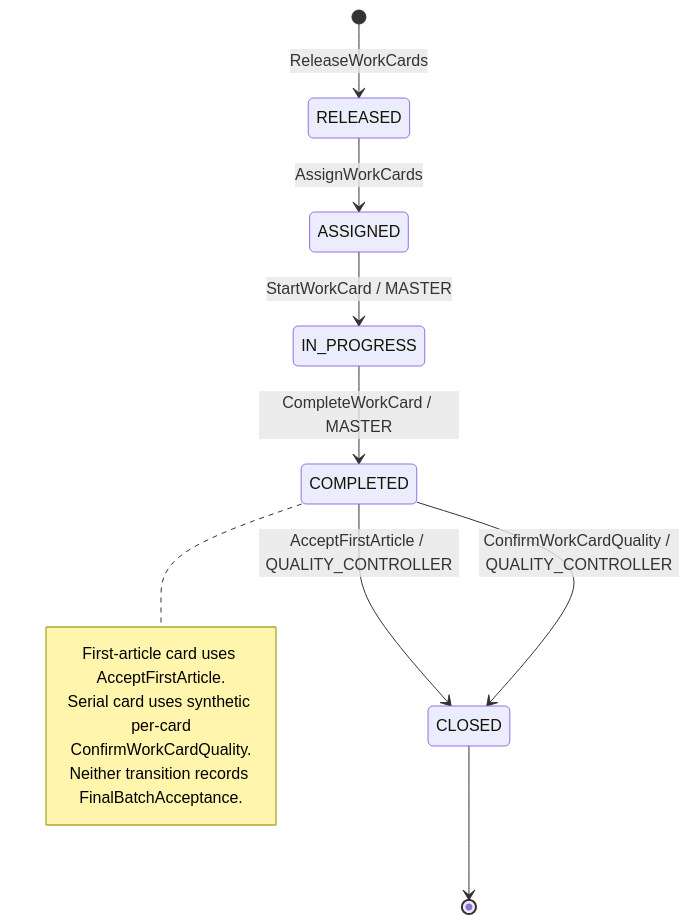
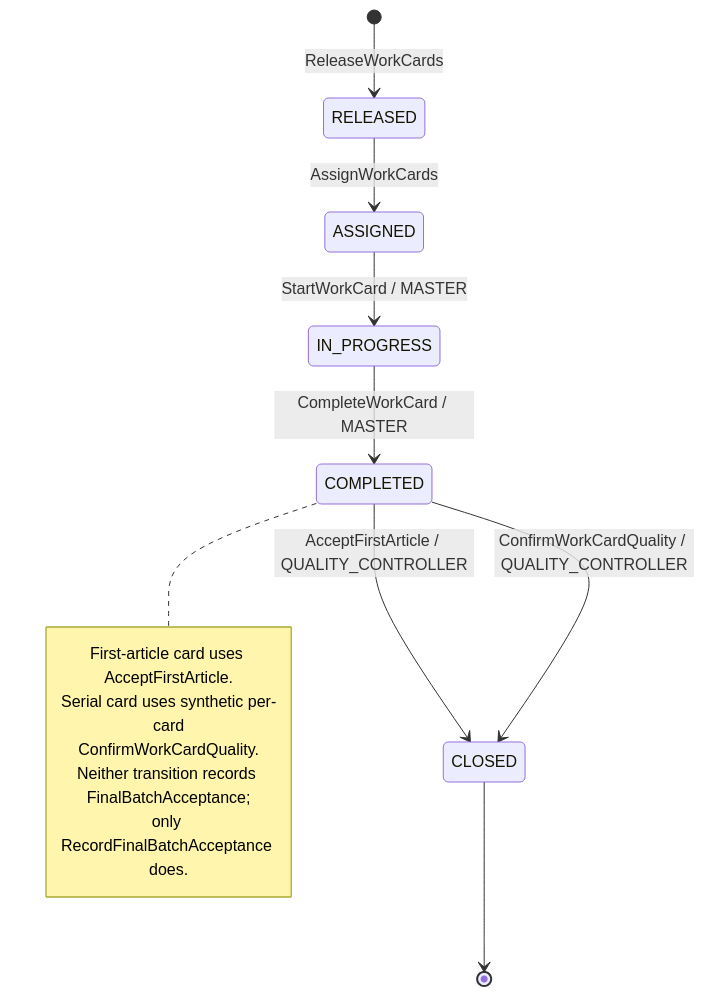
One commit to AI-shoks/WorkCard-Lifecycle changed the first of 3 diagrams in WorkCard-Lifecycle/docs/domain/work-card-state-machine.md. Above: the diagram before and after it, drawn with Mermaid. The commit also changed other lines of this file and 30 other files, not shown here.

Commit message:
docs: add digital final batch acceptance to MVP

````diff
--- a/WorkCard-Lifecycle/docs/domain/work-card-state-machine.md
+++ b/WorkCard-Lifecycle/docs/domain/work-card-state-machine.md
@@ -15,17 +15,18 @@
 ```mermaid
 stateDiagram-v2
     [*] --> RELEASED: ReleaseWorkCards
     RELEASED --> ASSIGNED: AssignWorkCards
     ASSIGNED --> IN_PROGRESS: StartWorkCard / MASTER
     IN_PROGRESS --> COMPLETED: CompleteWorkCard / MASTER
     COMPLETED --> CLOSED: AcceptFirstArticle / QUALITY_CONTROLLER
     COMPLETED --> CLOSED: ConfirmWorkCardQuality / QUALITY_CONTROLLER
     CLOSED --> [*]
 
     note right of COMPLETED
       First-article card uses AcceptFirstArticle.
       Serial card uses synthetic per-card
       ConfirmWorkCardQuality.
-      Neither transition records FinalBatchAcceptance.
+      Neither transition records FinalBatchAcceptance;
+      only RecordFinalBatchAcceptance does.
     end note
 ```
````
